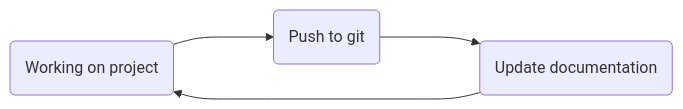
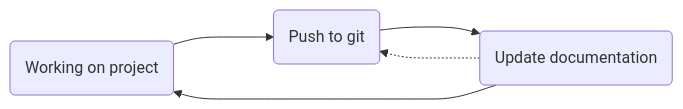
One commit to BioMeDS/onboarding-base-module changed the diagram in README.md. Above: the diagram before and after it, drawn with Mermaid.

````diff
--- a/README.md
+++ b/README.md
@@ -13,6 +13,7 @@
 ```mermaid
     graph LR
         id1(Working on project) ---> id2(Push to git)
         id2 ---> id3(Update documentation)
         id3 ---> id1
+        id3 -.-> id2
 ```
````
